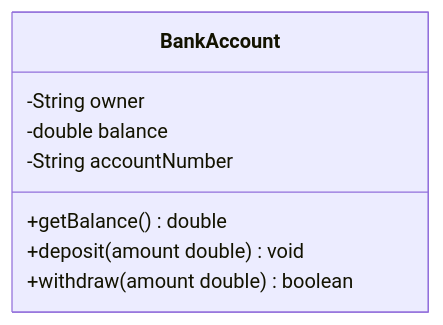
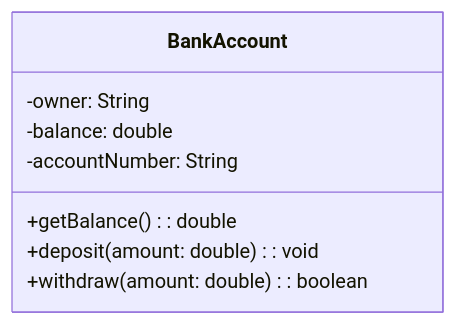
Before and after one commit to ProfesorPermuta/web-cd: the first of 3 diagrams in src/pages/tema-3/d-atributos-y-metodos.md, drawn with Mermaid. The commit also changed other lines of this file and 6 other files, not shown here.

First line of the commit message:
Tema 3: guías de Mermaid y ejercicios de diseño sin código

````diff
--- a/src/pages/tema-3/d-atributos-y-metodos.md
+++ b/src/pages/tema-3/d-atributos-y-metodos.md
@@ -5,11 +5,11 @@
 ```mermaid
 classDiagram
     class BankAccount {
-        -String owner
-        -double balance
-        -String accountNumber
-        +getBalance() double
-        +deposit(amount double) void
-        +withdraw(amount double) boolean
+        -owner: String
+        -balance: double
+        -accountNumber: String
+        +getBalance(): double
+        +deposit(amount: double): void
+        +withdraw(amount: double): boolean
     }
 ```
````
